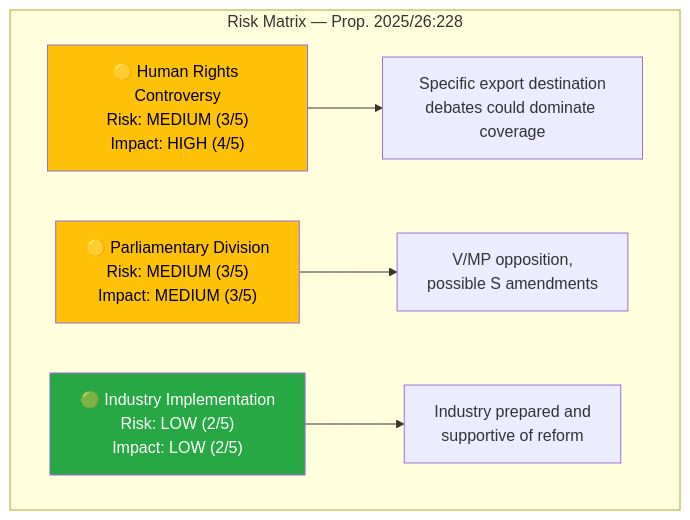
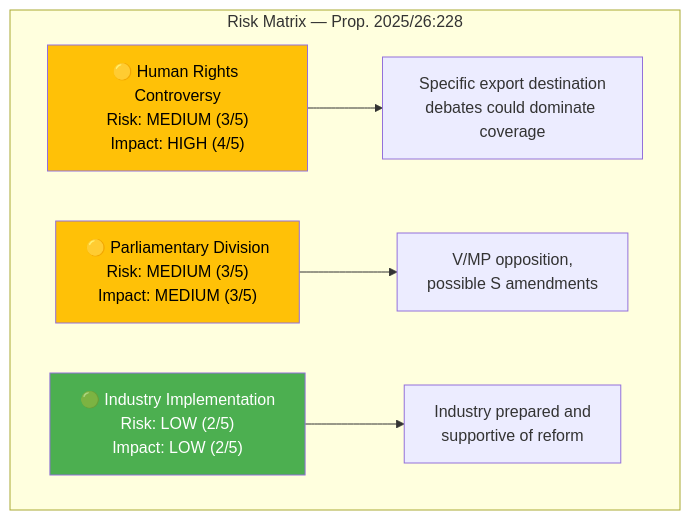
Before and after one commit to Hack23/riksdagsmonitor: the third of 3 diagrams in analysis/daily/2026-04-10/propositions/documents/hd03228-analysis.md, drawn with Mermaid. The commit also changed other lines of this file and 785 other files, not shown here.

First line of the commit message:
Normalize mermaid colors across 786 analysis artifacts to ISMS Style Guide palette

````diff
--- a/analysis/daily/2026-04-10/propositions/documents/hd03228-analysis.md
+++ b/analysis/daily/2026-04-10/propositions/documents/hd03228-analysis.md
@@ -126,11 +126,11 @@
 ```mermaid
 graph TD
     subgraph "Risk Matrix — Prop. 2025/26:228"
         R1["🟡 Human Rights Controversy<br/>Risk: MEDIUM (3/5)<br/>Impact: HIGH (4/5)"] --> M1["Specific export destination<br/>debates could dominate coverage"]
         R2["🟡 Parliamentary Division<br/>Risk: MEDIUM (3/5)<br/>Impact: MEDIUM (3/5)"] --> M2["V/MP opposition,<br/>possible S amendments"]
         R3["🟢 Industry Implementation<br/>Risk: LOW (2/5)<br/>Impact: LOW (2/5)"] --> M3["Industry prepared and<br/>supportive of reform"]
     end
-    style R1 fill:#ffc107,color:#000
-    style R2 fill:#ffc107,color:#000
-    style R3 fill:#28a745,color:#fff
+    style R1 fill:#FFC107,color:#000000
+    style R2 fill:#FFC107,color:#000000
+    style R3 fill:#4CAF50,color:#FFFFFF
 ```
````
